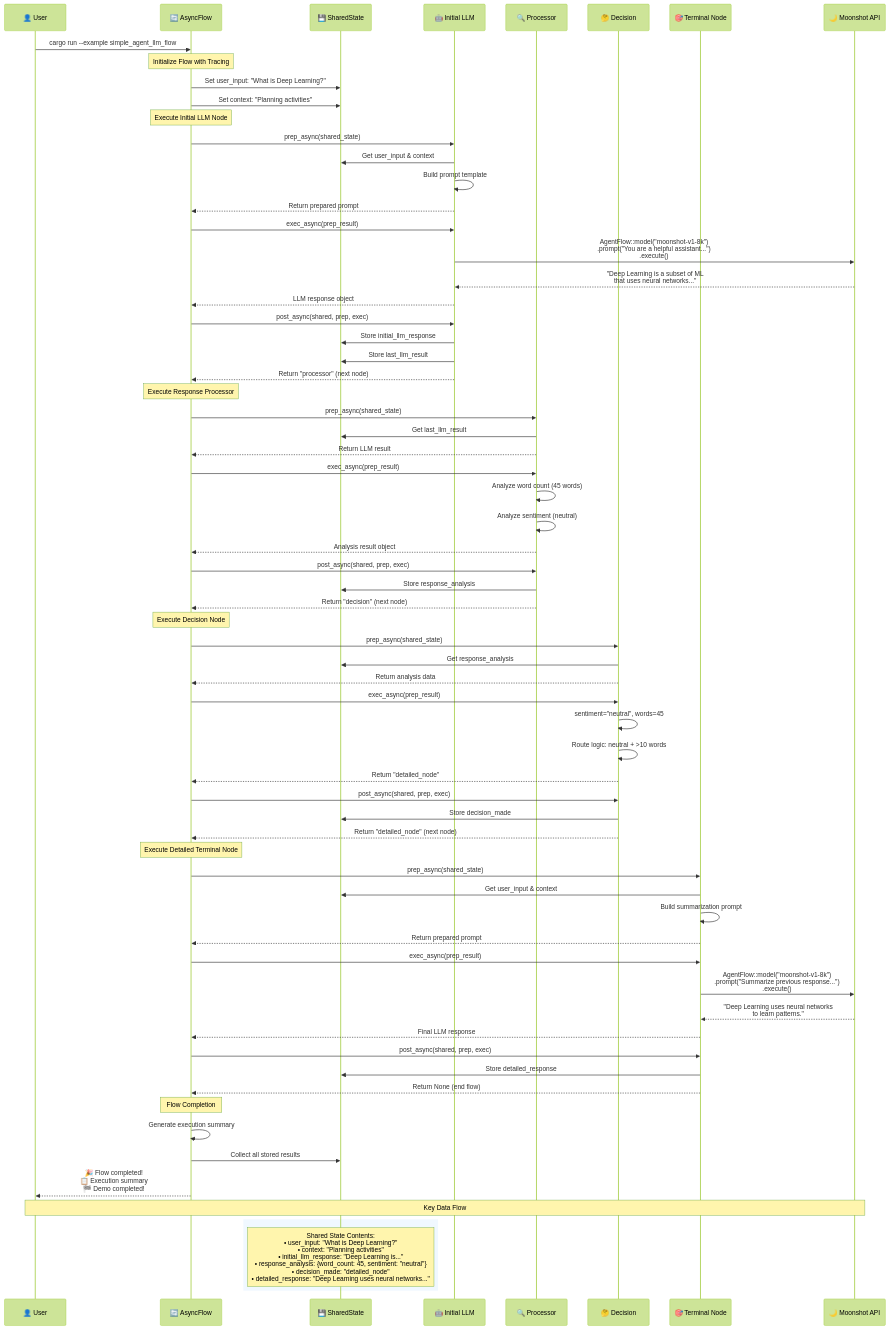
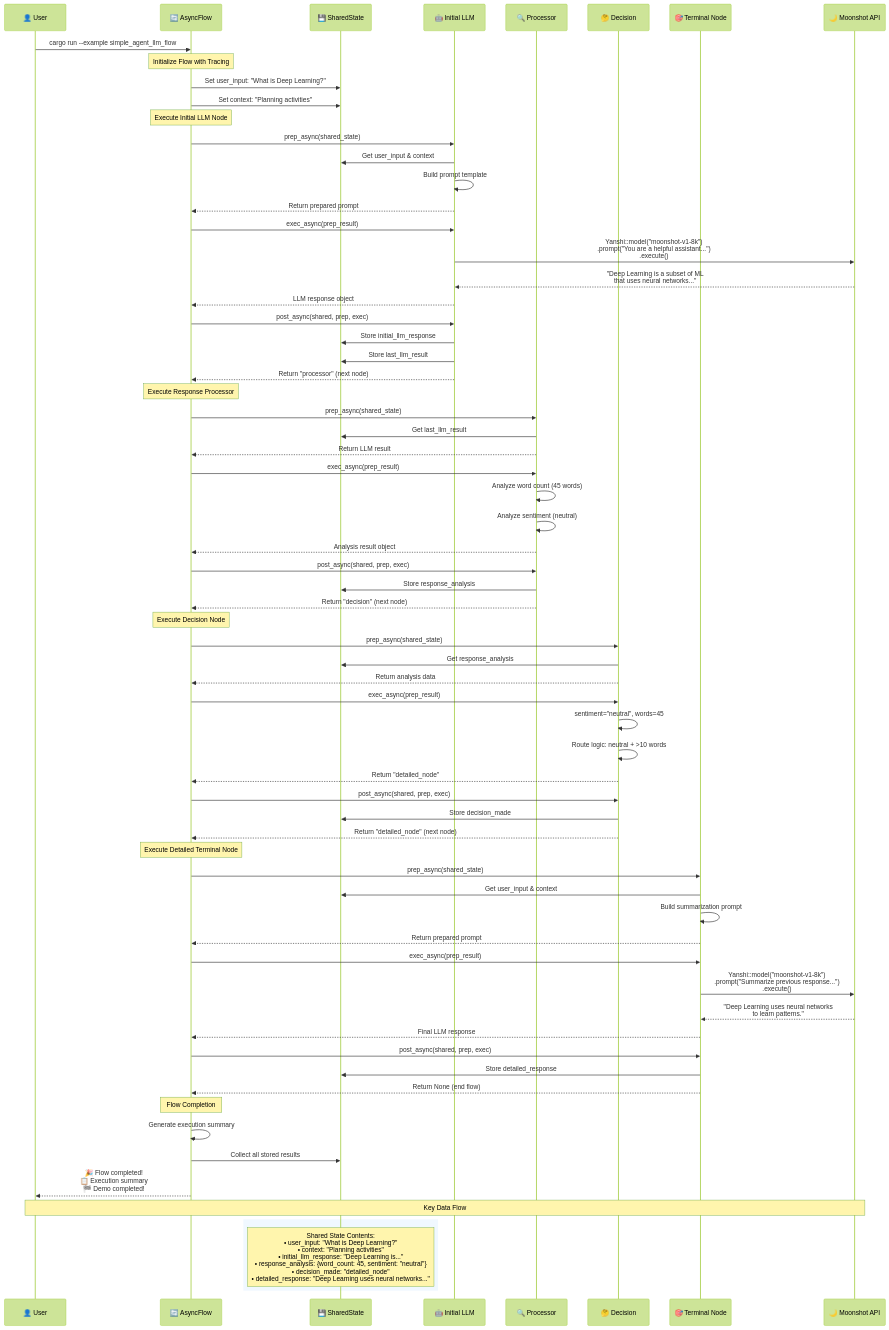
Before and after one commit to yuxuetr/agentflow: the diagram in docs/examples/execution_flow_diagram.mermaid, drawn with Mermaid (forest theme). The commit also changed 1895 other files, not shown here.

```diff
--- a/docs/examples/execution_flow_diagram.mermaid
+++ b/docs/examples/execution_flow_diagram.mermaid
@@ -1,84 +1,84 @@
 sequenceDiagram
     participant User as 👤 User
     participant Flow as 🔄 AsyncFlow
     participant SharedState as 💾 SharedState
     participant LLM1 as 🤖 Initial LLM
     participant Processor as 🔍 Processor
     participant Decision as 🤔 Decision
     participant Terminal as 🎯 Terminal Node
     participant Moonshot as 🌙 Moonshot API
     
     User->>Flow: cargo run --example simple_agent_llm_flow
     
     Note over Flow: Initialize Flow with Tracing
     Flow->>SharedState: Set user_input: "What is Deep Learning?"
     Flow->>SharedState: Set context: "Planning activities"
     
     Note over Flow: Execute Initial LLM Node
     Flow->>LLM1: prep_async(shared_state)
     LLM1->>SharedState: Get user_input & context
     LLM1->>LLM1: Build prompt template
     LLM1-->>Flow: Return prepared prompt
     
     Flow->>LLM1: exec_async(prep_result)
-    LLM1->>Moonshot: AgentFlow::model("moonshot-v1-8k")<br/>.prompt("You are a helpful assistant...")<br/>.execute()
+    LLM1->>Moonshot: Yanshi::model("moonshot-v1-8k")<br/>.prompt("You are a helpful assistant...")<br/>.execute()
     Moonshot-->>LLM1: "Deep Learning is a subset of ML<br/>that uses neural networks..."
     LLM1-->>Flow: LLM response object
     
     Flow->>LLM1: post_async(shared, prep, exec)
     LLM1->>SharedState: Store initial_llm_response
     LLM1->>SharedState: Store last_llm_result
     LLM1-->>Flow: Return "processor" (next node)
     
     Note over Flow: Execute Response Processor
     Flow->>Processor: prep_async(shared_state)
     Processor->>SharedState: Get last_llm_result
     Processor-->>Flow: Return LLM result
     
     Flow->>Processor: exec_async(prep_result)
     Processor->>Processor: Analyze word count (45 words)
     Processor->>Processor: Analyze sentiment (neutral)
     Processor-->>Flow: Analysis result object
     
     Flow->>Processor: post_async(shared, prep, exec)
     Processor->>SharedState: Store response_analysis
     Processor-->>Flow: Return "decision" (next node)
     
     Note over Flow: Execute Decision Node
     Flow->>Decision: prep_async(shared_state)
     Decision->>SharedState: Get response_analysis
     Decision-->>Flow: Return analysis data
     
     Flow->>Decision: exec_async(prep_result)
     Decision->>Decision: sentiment="neutral", words=45
     Decision->>Decision: Route logic: neutral + >10 words
     Decision-->>Flow: Return "detailed_node"
     
     Flow->>Decision: post_async(shared, prep, exec)
     Decision->>SharedState: Store decision_made
     Decision-->>Flow: Return "detailed_node" (next node)
     
     Note over Flow: Execute Detailed Terminal Node
     Flow->>Terminal: prep_async(shared_state)
     Terminal->>SharedState: Get user_input & context
     Terminal->>Terminal: Build summarization prompt
     Terminal-->>Flow: Return prepared prompt
     
     Flow->>Terminal: exec_async(prep_result)
-    Terminal->>Moonshot: AgentFlow::model("moonshot-v1-8k")<br/>.prompt("Summarize previous response...")<br/>.execute()
+    Terminal->>Moonshot: Yanshi::model("moonshot-v1-8k")<br/>.prompt("Summarize previous response...")<br/>.execute()
     Moonshot-->>Terminal: "Deep Learning uses neural networks<br/>to learn patterns."
     Terminal-->>Flow: Final LLM response
     
     Flow->>Terminal: post_async(shared, prep, exec)
     Terminal->>SharedState: Store detailed_response
     Terminal-->>Flow: Return None (end flow)
     
     Note over Flow: Flow Completion
     Flow->>Flow: Generate execution summary
     Flow->>SharedState: Collect all stored results
     Flow-->>User: 🎉 Flow completed!<br/>📋 Execution summary<br/>🏁 Demo completed!
     
     Note over User, Moonshot: Key Data Flow
     rect rgb(240, 248, 255)
         Note over SharedState: Shared State Contents:<br/>• user_input: "What is Deep Learning?"<br/>• context: "Planning activities"<br/>• initial_llm_response: "Deep Learning is..."<br/>• response_analysis: {word_count: 45, sentiment: "neutral"}<br/>• decision_made: "detailed_node"<br/>• detailed_response: "Deep Learning uses neural networks..."
     end
```
